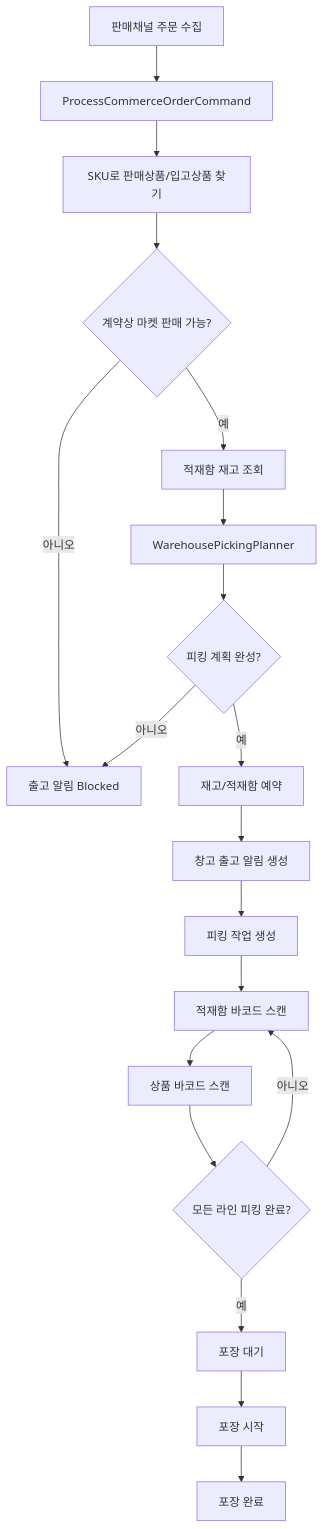
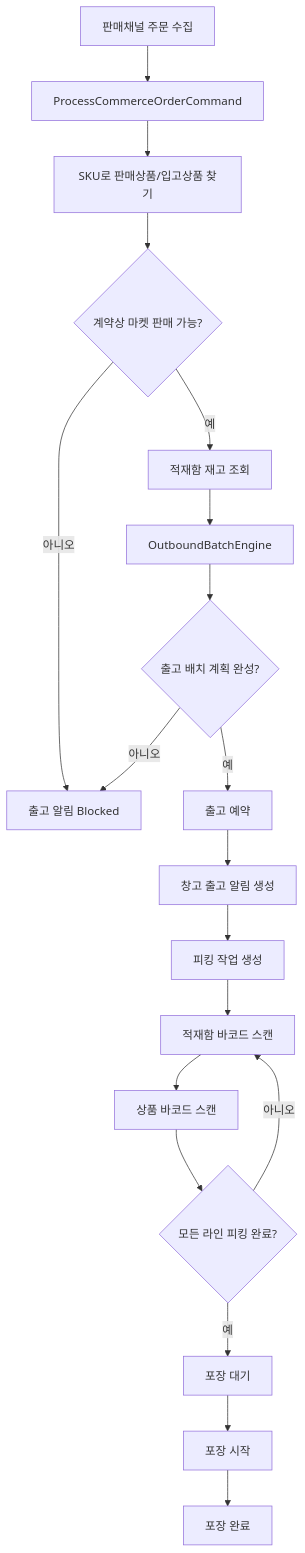
One commit to cheolwo/hongdal changed the fourth of 9 diagrams in docs/Architecture/BusinessWorkflowRhythm.md. Above: the diagram before and after it, drawn with Mermaid. The commit also changed other lines of this file and 177 other files, not shown here.

````diff
--- a/docs/Architecture/BusinessWorkflowRhythm.md
+++ b/docs/Architecture/BusinessWorkflowRhythm.md
@@ -128,21 +128,21 @@
 ```mermaid
 flowchart TD
     A["판매채널 주문 수집"] --> B["ProcessCommerceOrderCommand"]
     B --> C["SKU로 판매상품/입고상품 찾기"]
     C --> D{"계약상 마켓 판매 가능?"}
     D -->|아니오| X["출고 알림 Blocked"]
     D -->|예| E["적재함 재고 조회"]
-    E --> F["WarehousePickingPlanner"]
-    F --> G{"피킹 계획 완성?"}
+    E --> F["OutboundBatchEngine"]
+    F --> G{"출고 배치 계획 완성?"}
     G -->|아니오| X
-    G -->|예| H["재고/적재함 예약"]
+    G -->|예| H["출고 예약"]
     H --> I["창고 출고 알림 생성"]
     I --> J["피킹 작업 생성"]
     J --> K["적재함 바코드 스캔"]
     K --> L["상품 바코드 스캔"]
     L --> M{"모든 라인 피킹 완료?"}
     M -->|아니오| K
     M -->|예| N["포장 대기"]
     N --> O["포장 시작"]
     O --> P["포장 완료"]
 ```
````
